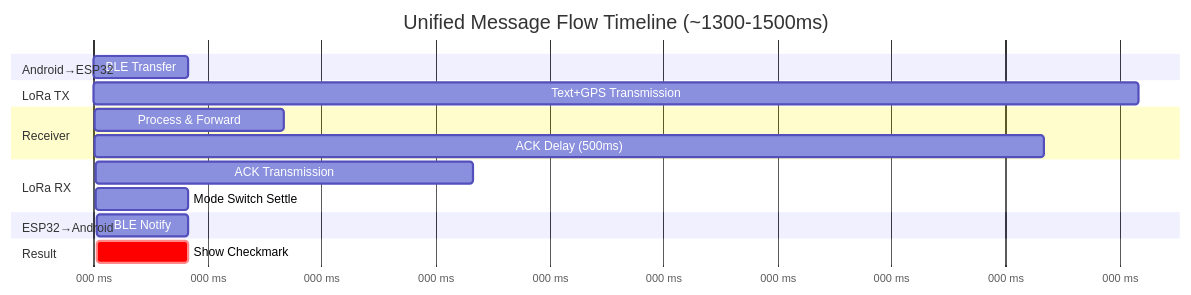
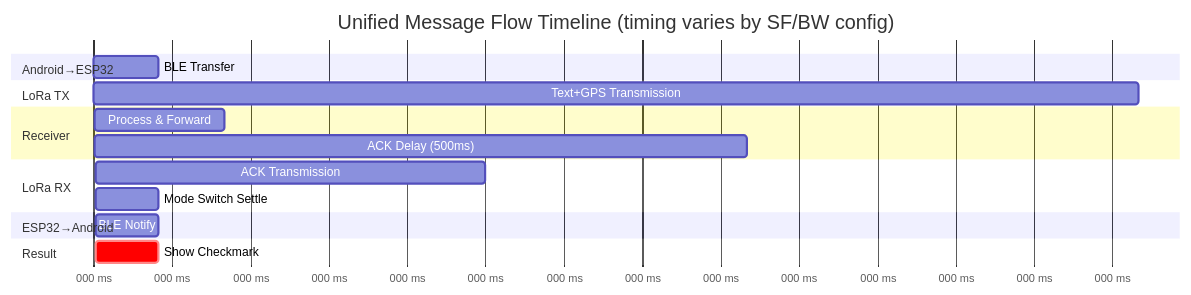
One commit to psytraxx/android-lora-ble-bridge changed the third of 3 diagrams in README.md. Above: the diagram before and after it, drawn with Mermaid. The commit also changed other lines of this file and 1 other file, not shown here.

````diff
--- a/README.md
+++ b/README.md
@@ -235,26 +234,26 @@
 ```mermaid
 gantt
-    title Unified Message Flow Timeline (~1300-1500ms)
+    title Unified Message Flow Timeline (timing varies by SF/BW config)
     dateFormat X
     axisFormat %L ms
 
     section Android→ESP32
     BLE Transfer          :a1, 0, 50
-    
+
     section LoRa TX
-    Text+GPS Transmission :a2, 50, 550
-    
+    Text+GPS Transmission :a2, 50, 800
+
     section Receiver
-    Process & Forward     :a3, 600, 100
-    ACK Delay (500ms)     :a4, 700, 500
-    
+    Process & Forward     :a3, 850, 100
+    ACK Delay (500ms)     :a4, 950, 500
+
     section LoRa RX
-    ACK Transmission      :a5, 1200, 200
-    Mode Switch Settle    :a6, 1400, 50
-    
+    ACK Transmission      :a5, 1450, 300
+    Mode Switch Settle    :a6, 1750, 50
+
     section ESP32→Android
-    BLE Notify            :a7, 1450, 50
-    
+    BLE Notify            :a7, 1800, 50
+
     section Result
-    Show Checkmark        :crit, a8, 1500, 50
+    Show Checkmark        :crit, a8, 1850, 50
 ```
````
